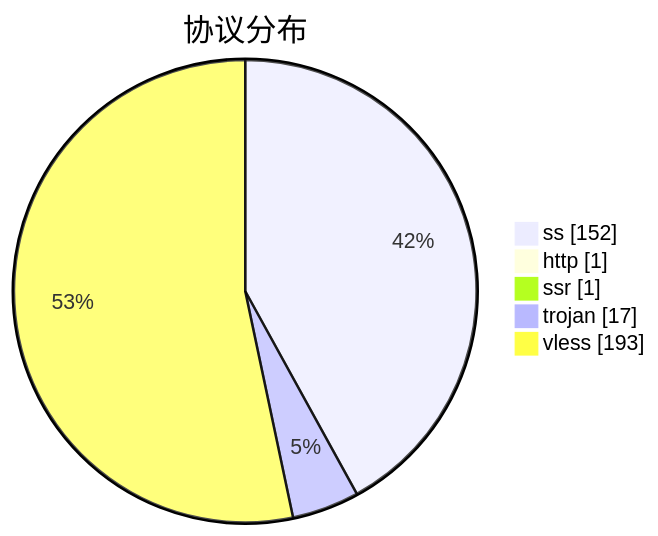
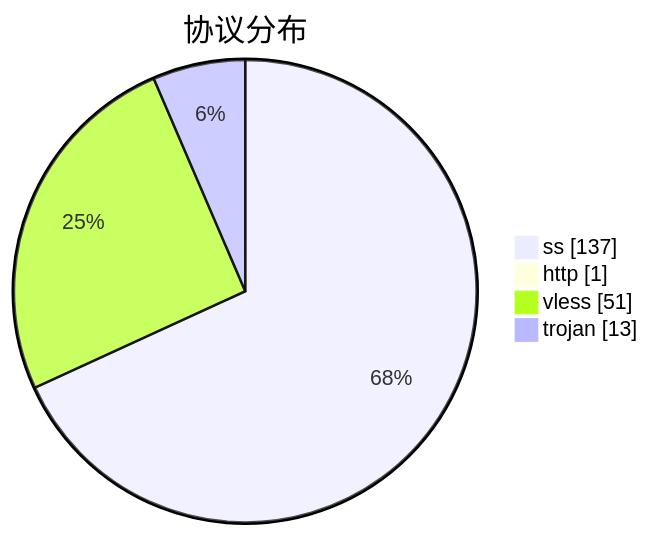
One commit to qjlxg/airport changed the third of 3 diagrams in subs/statistics/tested_within.md. Above: the diagram before and after it, drawn with Mermaid. The commit also changed other lines of this file and 2 other files, not shown here.

````diff
--- a/subs/statistics/tested_within.md
+++ b/subs/statistics/tested_within.md
@@ -19,9 +17,8 @@
 ```mermaid
 pie showData
 title 协议分布
-"ss" : 152
+"ss" : 137
 "http" : 1
-"ssr" : 1
-"trojan" : 17
-"vless" : 193
+"vless" : 51
+"trojan" : 13
 ```
````
